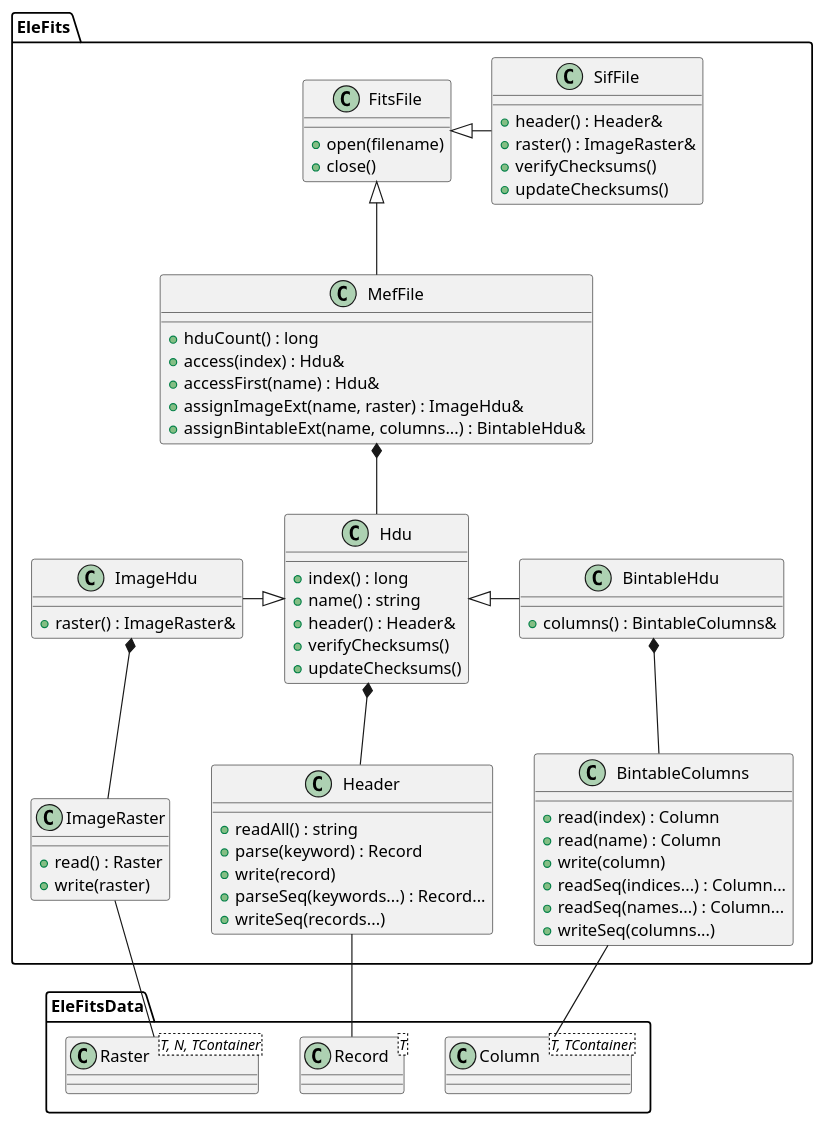
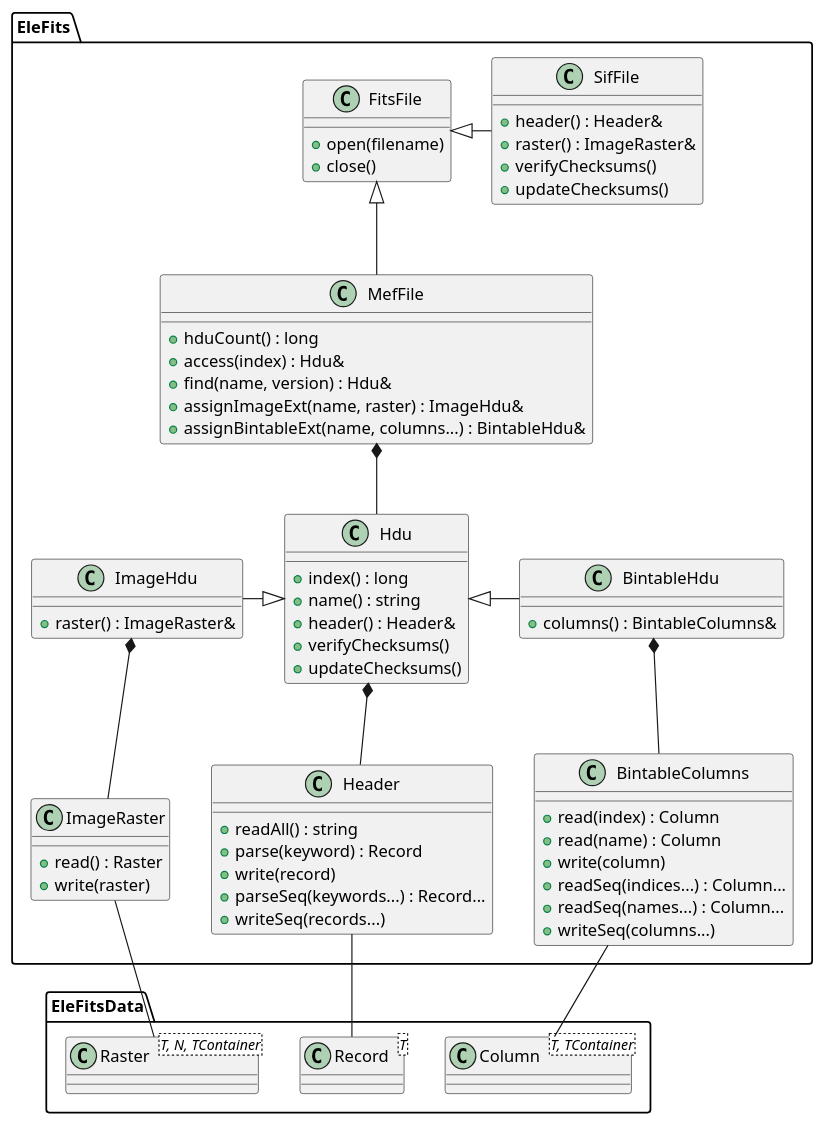
Before and after one commit to CNES/EleFits: the diagram in doc/diagrams/src/FitsFile.puml, drawn with PlantUML. The commit also changed 6 other files, not shown here.

Commit message:
Rename accessFirst as find

```diff
--- a/doc/diagrams/src/FitsFile.puml
+++ b/doc/diagrams/src/FitsFile.puml
@@ -1,88 +1,88 @@
 @startuml
 package EleFitsData {
 
 class Record<T> {
 }
 
 class Raster<T, N, TContainer> {
 }
 
 class Column<T, TContainer> {
 }
 
 }
 
 package EleFits {
 
 class FitsFile {
 + open(filename)
 + close()
 }
 
 class SifFile {
 + header() : Header&
 + raster() : ImageRaster&
 + verifyChecksums()
 + updateChecksums()
 }
 
 class MefFile {
 + hduCount() : long
 + access(index) : Hdu&
-+ accessFirst(name) : Hdu&
++ find(name, version) : Hdu&
 + assignImageExt(name, raster) : ImageHdu&
 + assignBintableExt(name, columns...) : BintableHdu&
 }
 
 class Hdu {
 + index() : long
 + name() : string
 + header() : Header&
 + verifyChecksums()
 + updateChecksums()
 }
 
 class ImageHdu {
 + raster() : ImageRaster&
 }
 
 class BintableHdu {
 + columns() : BintableColumns&
 }
 
 class Header {
 + readAll() : string
 + parse(keyword) : Record
 + write(record)
 + parseSeq(keywords...) : Record...
 + writeSeq(records...)
 }
 
 class ImageRaster {
 + read() : Raster
 + write(raster)
 }
 
 class BintableColumns {
 + read(index) : Column
 + read(name) : Column
 + write(column)
 + readSeq(indices...) : Column...
 + readSeq(names...) : Column...
 + writeSeq(columns...)
 }
 
 }
 
 FitsFile <|- SifFile
 FitsFile <|-- MefFile
 ImageHdu -|> Hdu
 Hdu <|- BintableHdu
 Hdu *-- Header
 ImageHdu *-- ImageRaster
 BintableHdu *-- BintableColumns
 MefFile *-- Hdu
 Header -- Record
 ImageRaster -- Raster
 BintableColumns -- Column
 @enduml
```
